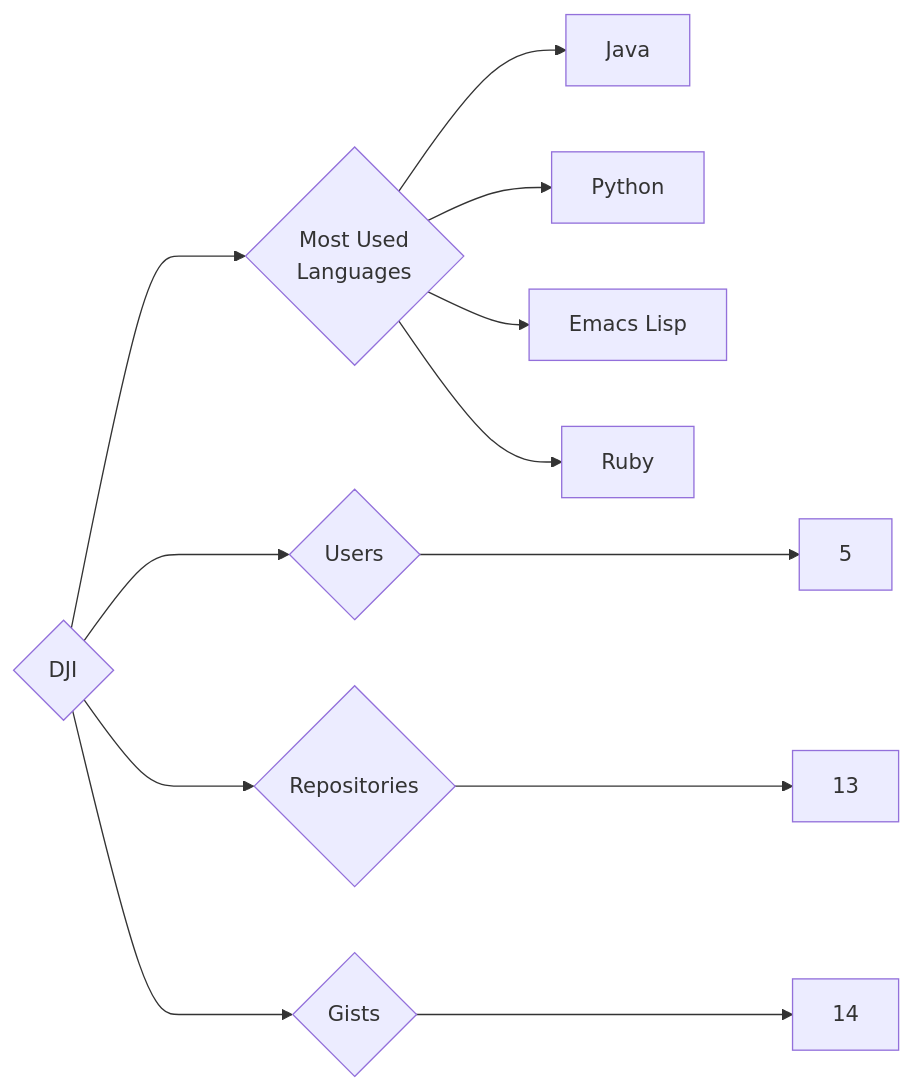
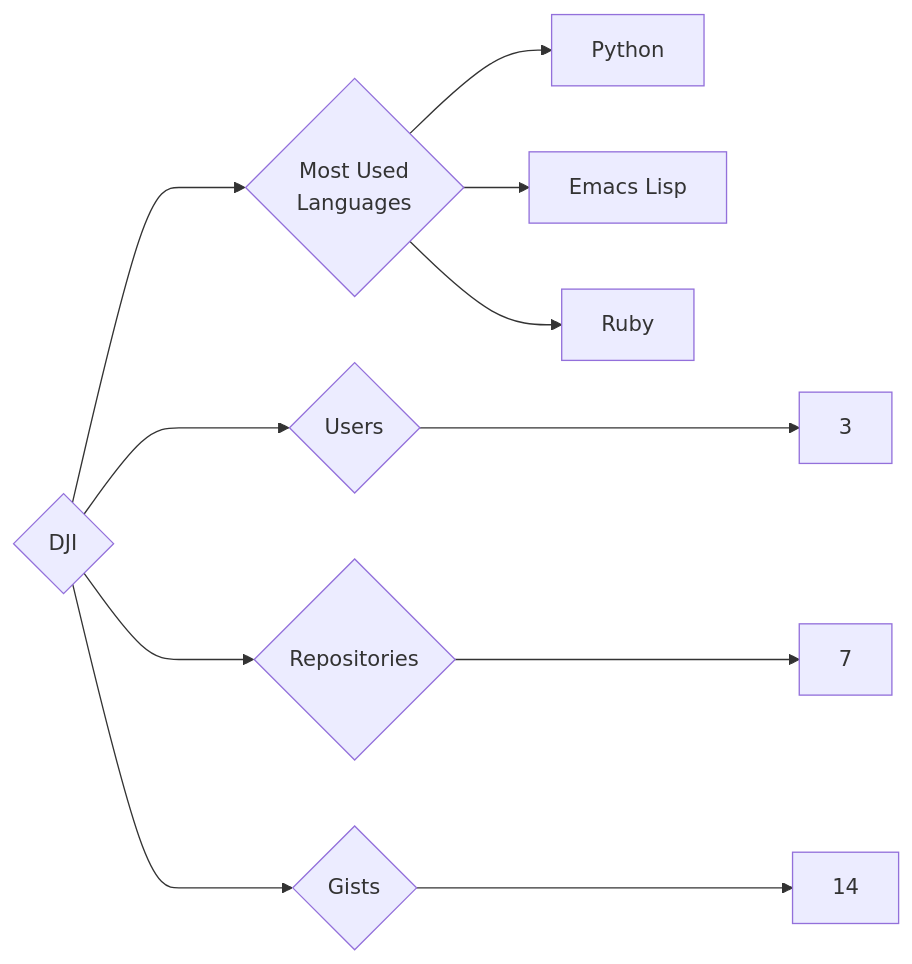
Before and after one commit to trickest/insiders: the diagram in targets/DJI/README.md, drawn with Mermaid. The commit also changed 1055 other files, not shown here.

````diff
--- a/targets/DJI/README.md
+++ b/targets/DJI/README.md
@@ -3,12 +3,11 @@
 ```mermaid
 graph LR
 COMPANY_NAME{DJI}
-COMPANY_NAME ---> U{Users} ---> UN[5]
-COMPANY_NAME ---> R{Repositories} ---> RN[13]
+COMPANY_NAME ---> U{Users} ---> UN[3]
+COMPANY_NAME ---> R{Repositories} ---> RN[7]
 COMPANY_NAME ---> G{Gists} ---> GN[14]
 COMPANY_NAME ---> ML{Most Used<br>Languages}
-ML --> Java[Java]
 ML --> Python[Python]
 ML --> Emacs_Lisp[Emacs Lisp]
 ML --> Ruby[Ruby]
 ```
````
